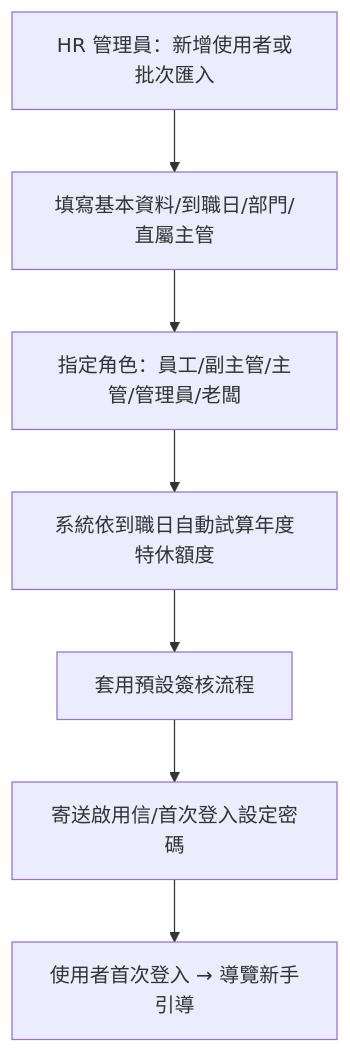
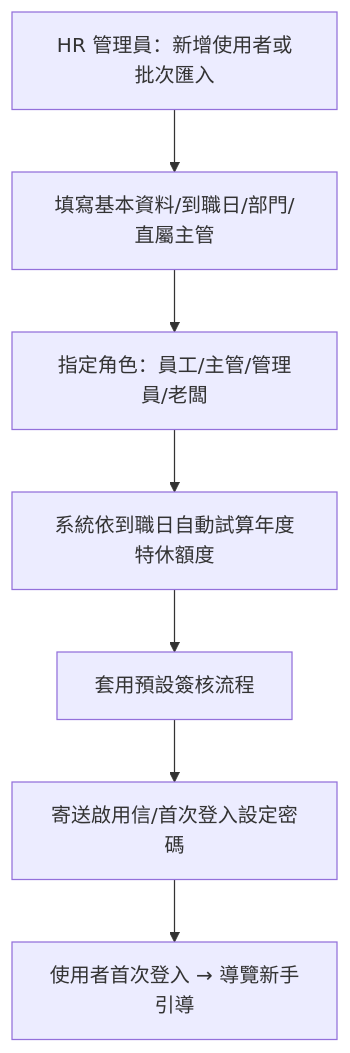
One commit to iDA-Workplace/leave-system-app changed the third of 7 diagrams in docs/design/phase1-foundation.md. Above: the diagram before and after it, drawn with Mermaid. The commit also changed other lines of this file, not shown here.

First line of the commit message:
Lock in Phase 1 architecture decisions and redesign the annual review flow

````diff
--- a/docs/design/phase1-foundation.md
+++ b/docs/design/phase1-foundation.md
@@ -186,9 +197,9 @@
 ```mermaid
 flowchart TD
     A[HR 管理員：新增使用者或批次匯入] --> B[填寫基本資料/到職日/部門/直屬主管]
-    B --> C[指定角色：員工/副主管/主管/管理員/老闆]
+    B --> C[指定角色：員工/主管/管理員/老闆]
     C --> D[系統依到職日自動試算年度特休額度]
     D --> E[套用預設簽核流程]
     E --> F[寄送啟用信/首次登入設定密碼]
     F --> G[使用者首次登入 → 導覽新手引導]
 ```
````
